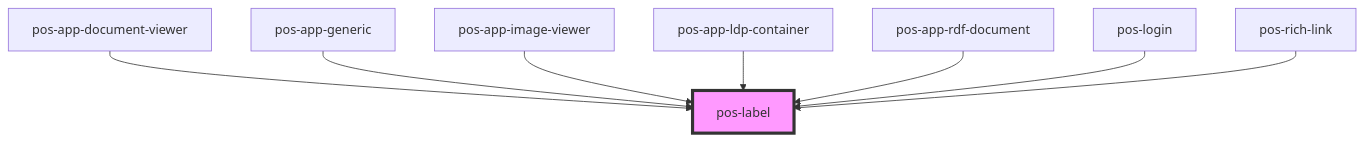
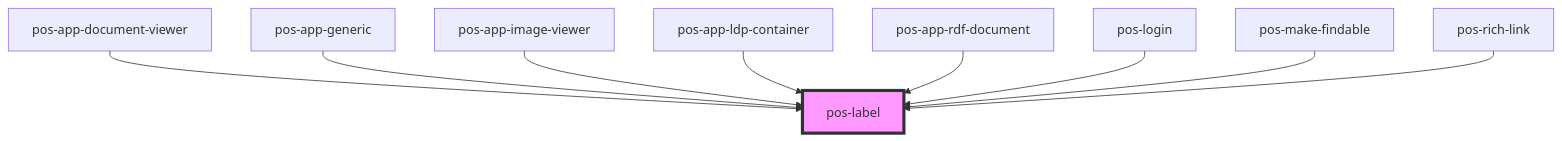
Before and after one commit to pod-os/PodOS: the diagram in docs/elements/components/pos-label/readme.md, drawn with Mermaid. The commit also changed other lines of this file and 5 other files, not shown here.

````diff
--- a/docs/elements/components/pos-label/readme.md
+++ b/docs/elements/components/pos-label/readme.md
@@ -28,11 +29,12 @@
 ```mermaid
 graph TD;
   pos-app-document-viewer --> pos-label
   pos-app-generic --> pos-label
   pos-app-image-viewer --> pos-label
   pos-app-ldp-container --> pos-label
   pos-app-rdf-document --> pos-label
   pos-login --> pos-label
+  pos-make-findable --> pos-label
   pos-rich-link --> pos-label
   style pos-label fill:#f9f,stroke:#333,stroke-width:4px
 ```
````
